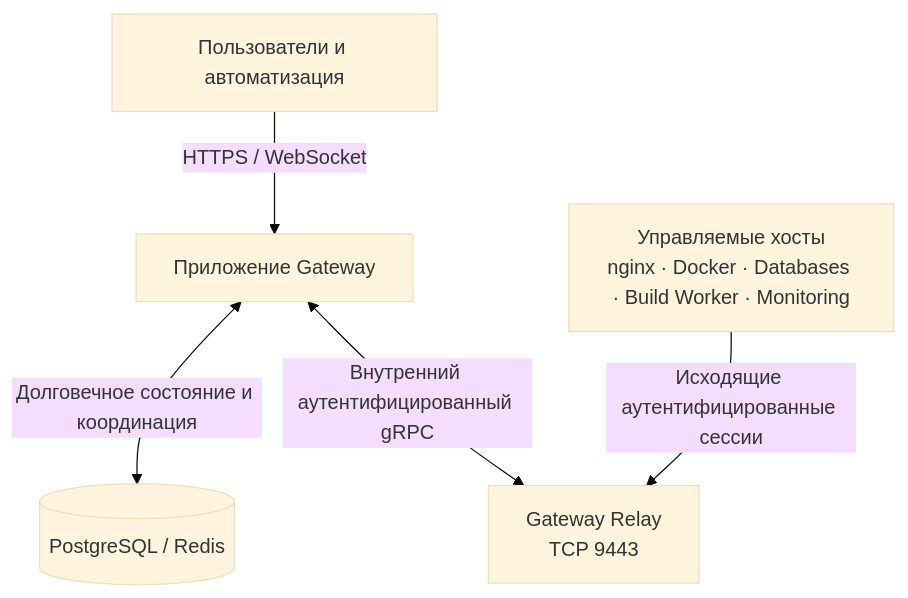
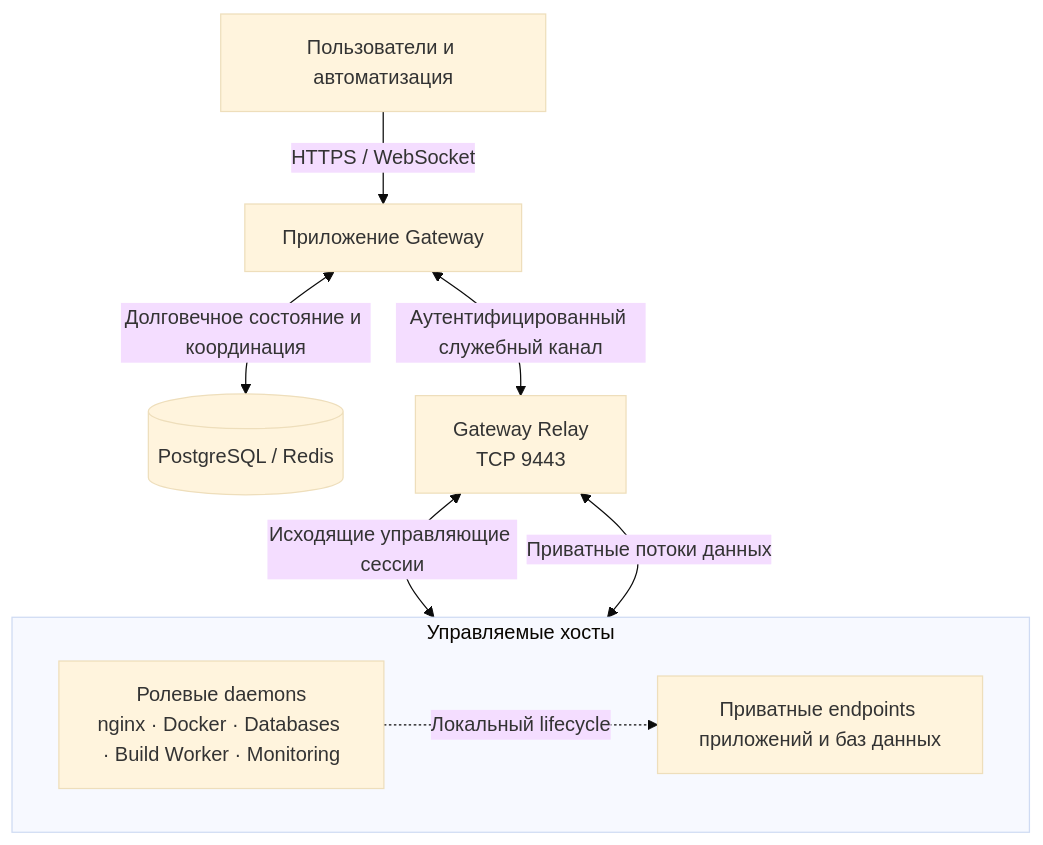
Before and after one commit to the-square-labs/gateway-docs: the diagram in src/content/docs/ru/concepts/architecture.mdx, drawn with Mermaid (base theme). The commit also changed other lines of this file and 3 other files, not shown here.

Commit message:
docs(architecture): improve Mermaid diagrams

````diff
--- a/src/content/docs/ru/concepts/architecture.mdx
+++ b/src/content/docs/ru/concepts/architecture.mdx
@@ -13,7 +13,16 @@
 ```mermaid
 flowchart TB
     users["Пользователи и автоматизация"] -->|"HTTPS / WebSocket"| gateway["Приложение Gateway"]
     gateway <-->|"Долговечное состояние и координация"| state[("PostgreSQL / Redis")]
-    gateway <-->|"Внутренний аутентифицированный gRPC"| relay["Gateway Relay<br/>TCP 9443"]
-    daemons["Управляемые хосты<br/>nginx · Docker · Databases · Build Worker · Monitoring"] -->|"Исходящие аутентифицированные сессии"| relay
+    gateway <-->|"Аутентифицированный служебный канал"| relay["Gateway Relay<br/>TCP 9443"]
+
+    subgraph hosts["Управляемые хосты"]
+        direction LR
+        daemons["Ролевые daemons<br/>nginx · Docker · Databases · Build Worker · Monitoring"]
+        workloads["Приватные endpoints приложений и баз данных"]
+        daemons -.->|"Локальный lifecycle"| workloads
+    end
+
+    relay <-->|"Исходящие управляющие сессии"| daemons
+    relay <-->|"Приватные потоки данных"| workloads
 ```
````
